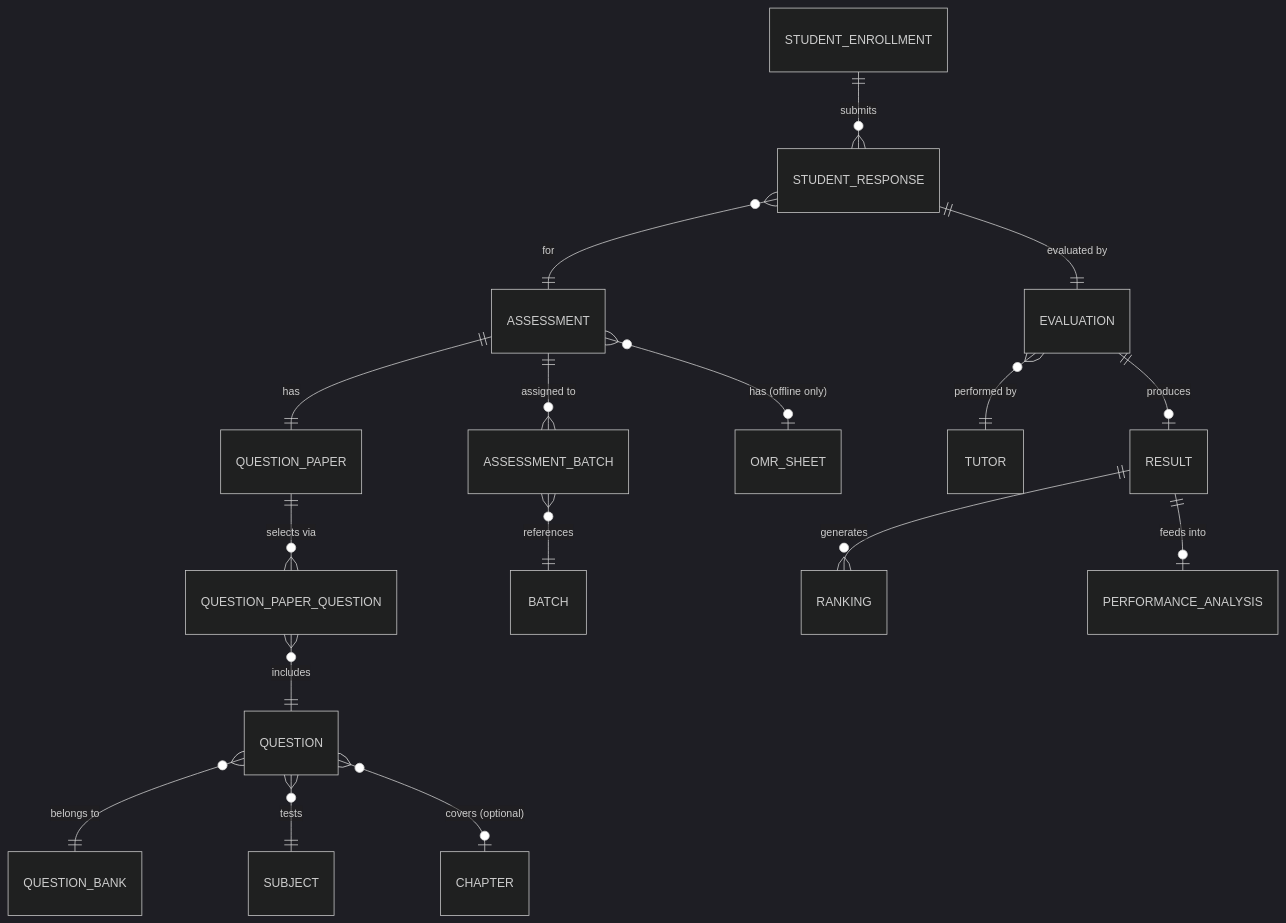
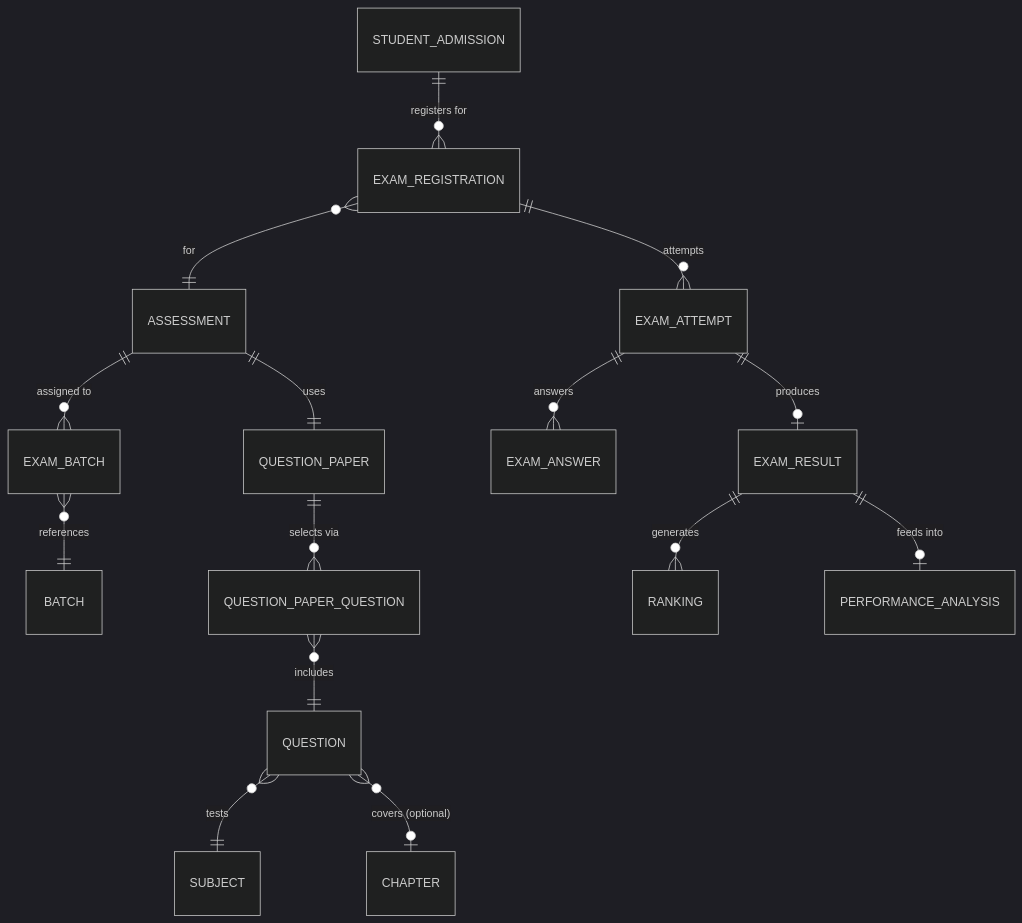
Before and after one commit to JOYJK348/NEET-SAAS: the diagram in docs/architecture/erd/05-assessment.md, drawn with Mermaid (dark theme). The commit also changed other lines of this file and 72 other files, not shown here.

````diff
--- a/docs/architecture/erd/05-assessment.md
+++ b/docs/architecture/erd/05-assessment.md
@@ -99,24 +104,21 @@
 ```mermaid
 erDiagram
 
-    ASSESSMENT ||--|| QUESTION_PAPER : "has"
-    ASSESSMENT ||--o{ ASSESSMENT_BATCH : "assigned to"
-    ASSESSMENT_BATCH }o--|| BATCH : "references"
+    ASSESSMENT ||--|| QUESTION_PAPER : "uses"
+    ASSESSMENT ||--o{ EXAM_BATCH : "assigned to"
+    EXAM_BATCH }o--|| BATCH : "references"
 
     QUESTION_PAPER ||--o{ QUESTION_PAPER_QUESTION : "selects via"
     QUESTION_PAPER_QUESTION }o--|| QUESTION : "includes"
-    QUESTION }o--|| QUESTION_BANK : "belongs to"
     QUESTION }o--|| SUBJECT : "tests"
     QUESTION }o--o| CHAPTER : "covers (optional)"
 
-    STUDENT_ENROLLMENT ||--o{ STUDENT_RESPONSE : "submits"
-    STUDENT_RESPONSE }o--|| ASSESSMENT : "for"
-    STUDENT_RESPONSE ||--|| EVALUATION : "evaluated by"
-    EVALUATION }o--|| TUTOR : "performed by"
-    EVALUATION ||--o| RESULT : "produces"
+    STUDENT_ADMISSION ||--o{ EXAM_REGISTRATION : "registers for"
+    EXAM_REGISTRATION }o--|| ASSESSMENT : "for"
+    EXAM_REGISTRATION ||--o{ EXAM_ATTEMPT : "attempts"
+    EXAM_ATTEMPT ||--o{ EXAM_ANSWER : "answers"
+    EXAM_ATTEMPT ||--o| EXAM_RESULT : "produces"
 
-    RESULT ||--o{ RANKING : "generates"
-    RESULT ||--o| PERFORMANCE_ANALYSIS : "feeds into"
-
-    ASSESSMENT }o--o| OMR_SHEET : "has (offline only)"
+    EXAM_RESULT ||--o{ RANKING : "generates"
+    EXAM_RESULT ||--o| PERFORMANCE_ANALYSIS : "feeds into"
 ```
````
